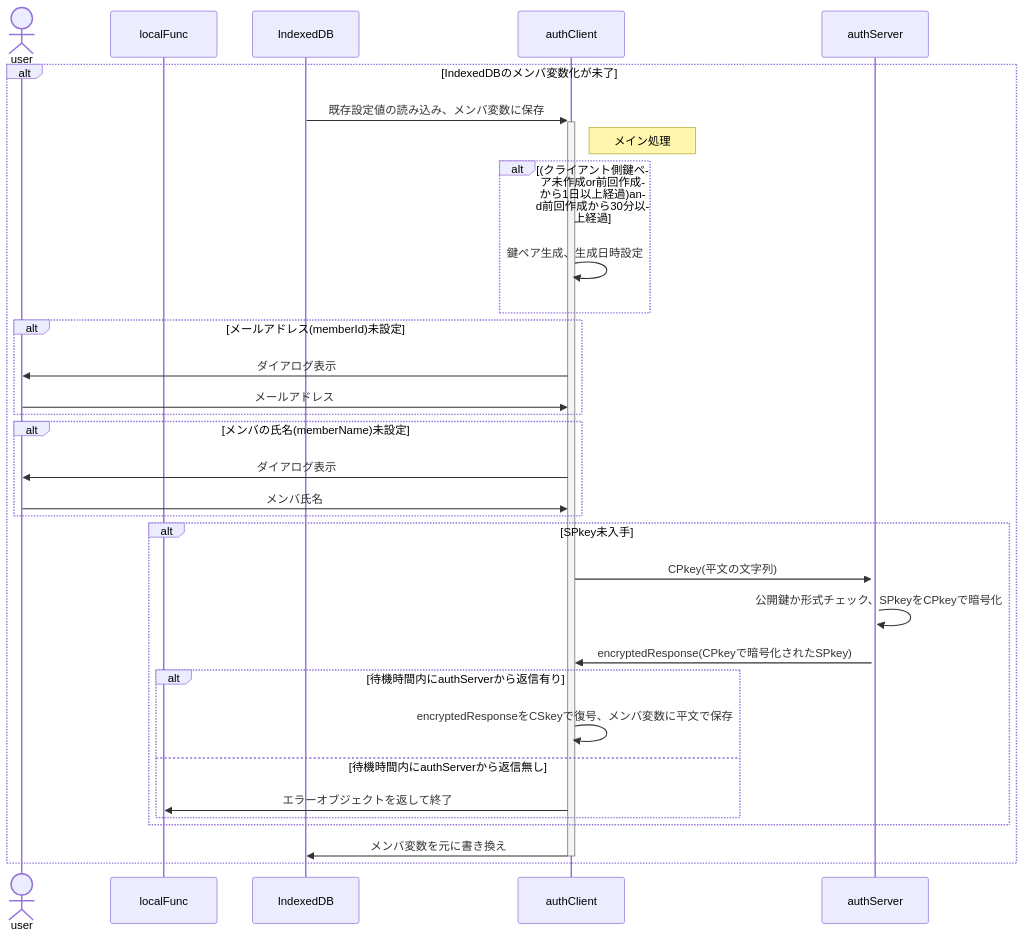
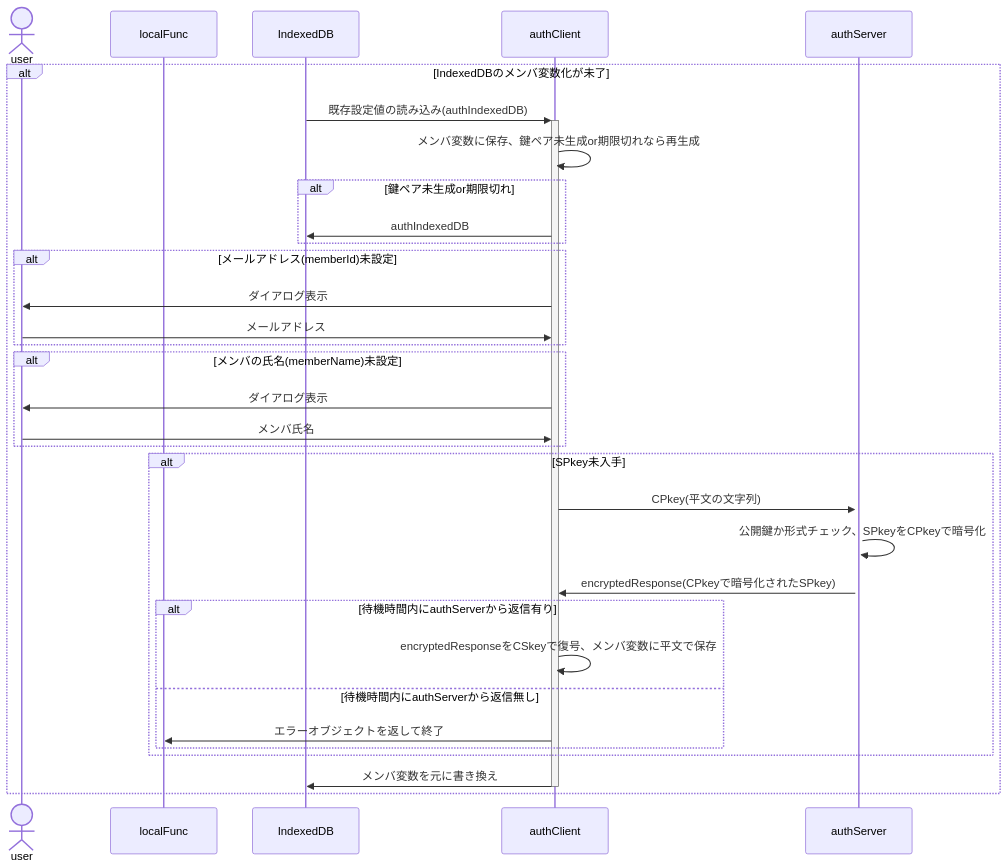
Before and after one commit to nakaone/library: the first of 3 diagrams in underDev/Auth/doc/authClient.md, drawn with Mermaid. The commit also changed other lines of this file and 6 other files, not shown here.

````diff
--- a/underDev/Auth/doc/authClient.md
+++ b/underDev/Auth/doc/authClient.md
@@ -52,46 +51,46 @@
 ```mermaid
 sequenceDiagram
 
   actor user
   participant localFunc
   %%participant clientMail
   %%participant cryptoClient
   participant IndexedDB
   participant authClient
   participant authServer
   %%participant memberList
   %%participant cryptoServer
   %%participant serverFunc
   %%actor admin
 
   %% IndexedDB格納項目のメンバ変数化 ----------
   alt IndexedDBのメンバ変数化が未了
-    IndexedDB->>+authClient: 既存設定値の読み込み、メンバ変数に保存
-    Note right of authClient: メイン処理
-    alt (クライアント側鍵ペア未作成or前回作成から1日以上経過)and前回作成から30分以上経過
-      authClient->>authClient: 鍵ペア生成、生成日時設定
+    IndexedDB->>+authClient: 既存設定値の読み込み(authIndexedDB)
+    authClient->>authClient: メンバ変数に保存、鍵ペア未生成or期限切れなら再生成
+    alt 鍵ペア未生成or期限切れ
+      authClient->>IndexedDB: authIndexedDB
     end
     alt メールアドレス(memberId)未設定
       authClient->>user: ダイアログ表示
       user->>authClient: メールアドレス
     end
     alt メンバの氏名(memberName)未設定
       authClient->>user: ダイアログ表示
       user->>authClient: メンバ氏名
     end
     alt SPkey未入手
       authClient->>+authServer: CPkey(平文の文字列)
 
       %% 以下2行はauthServer.responseSPkey()の処理内容
       authServer->>authServer: 公開鍵か形式チェック、SPkeyをCPkeyで暗号化
       authServer->>authClient: encryptedResponse(CPkeyで暗号化されたSPkey)
 
       alt 待機時間内にauthServerから返信有り
         authClient->>authClient: encryptedResponseをCSkeyで復号、メンバ変数に平文で保存
       else 待機時間内にauthServerから返信無し
         authClient->>localFunc: エラーオブジェクトを返して終了
       end
     end
     authClient->>-IndexedDB: メンバ変数を元に書き換え
   end
 ```
````
